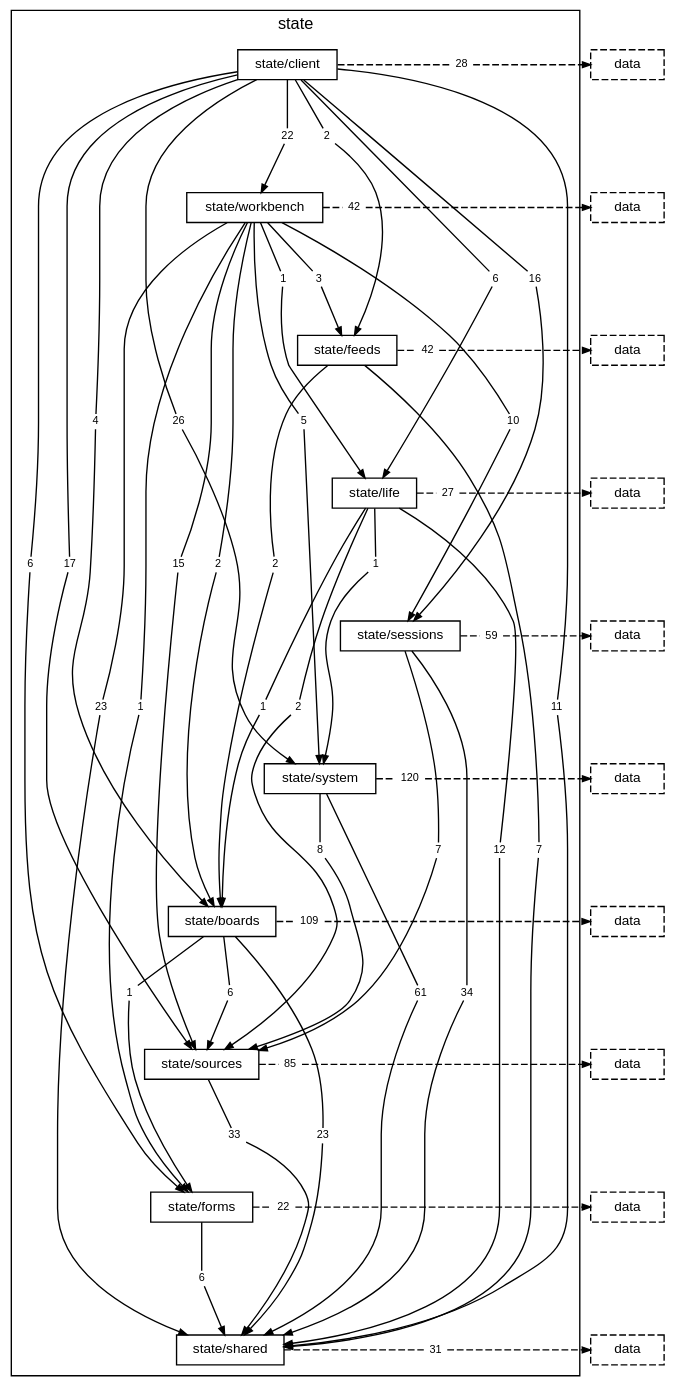
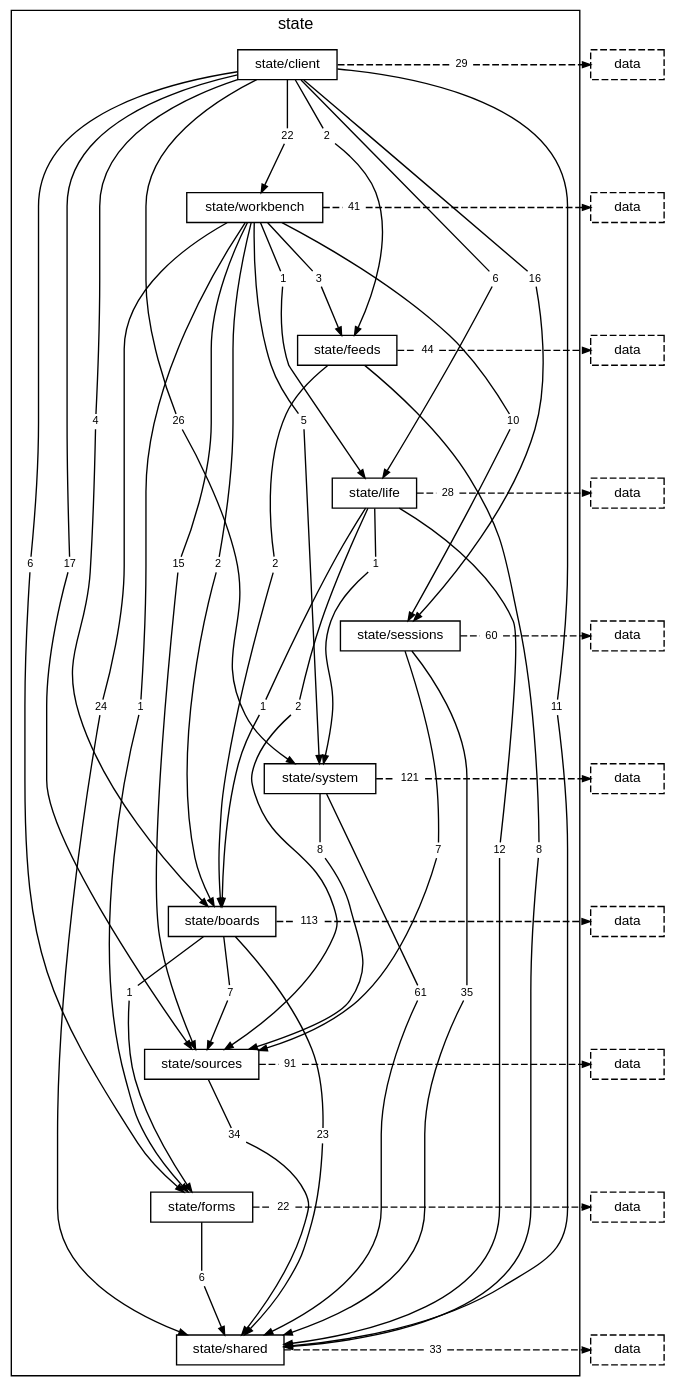
Before and after one commit to TheAxeC/oculus: the diagram in docs/diagrams/layer-state.dot, drawn with Graphviz. The commit also changed 472 other files, not shown here.

```diff
--- a/docs/diagrams/layer-state.dot
+++ b/docs/diagrams/layer-state.dot
@@ -23,39 +23,39 @@
         "folder state/client to folder state/sources" [label="17", shape=box, color="transparent", fontsize=8, width=0, height=0, margin="0.04,0.02"];
         "folder state/client to folder state/system" [label="26", shape=box, color="transparent", fontsize=8, width=0, height=0, margin="0.04,0.02"];
         "folder state/client to folder state/workbench" [label="22", shape=box, color="transparent", fontsize=8, width=0, height=0, margin="0.04,0.02"];
-        "folder state/client to layer data" [label="28", shape=box, color="transparent", fontsize=8, width=0, height=0, margin="0.04,0.02"];
+        "folder state/client to layer data" [label="29", shape=box, color="transparent", fontsize=8, width=0, height=0, margin="0.04,0.02"];
         "folder state/workbench to folder state/boards" [label="2", shape=box, color="transparent", fontsize=8, width=0, height=0, margin="0.04,0.02"];
         "folder state/workbench to folder state/feeds" [label="3", shape=box, color="transparent", fontsize=8, width=0, height=0, margin="0.04,0.02"];
         "folder state/workbench to folder state/forms" [label="1", shape=box, color="transparent", fontsize=8, width=0, height=0, margin="0.04,0.02"];
         "folder state/workbench to folder state/life" [label="1", shape=box, color="transparent", fontsize=8, width=0, height=0, margin="0.04,0.02"];
         "folder state/workbench to folder state/sessions" [label="10", shape=box, color="transparent", fontsize=8, width=0, height=0, margin="0.04,0.02"];
-        "folder state/workbench to folder state/shared" [label="23", shape=box, color="transparent", fontsize=8, width=0, height=0, margin="0.04,0.02"];
+        "folder state/workbench to folder state/shared" [label="24", shape=box, color="transparent", fontsize=8, width=0, height=0, margin="0.04,0.02"];
         "folder state/workbench to folder state/sources" [label="15", shape=box, color="transparent", fontsize=8, width=0, height=0, margin="0.04,0.02"];
         "folder state/workbench to folder state/system" [label="5", shape=box, color="transparent", fontsize=8, width=0, height=0, margin="0.04,0.02"];
-        "folder state/workbench to layer data" [label="42", shape=box, color="transparent", fontsize=8, width=0, height=0, margin="0.04,0.02"];
+        "folder state/workbench to layer data" [label="41", shape=box, color="transparent", fontsize=8, width=0, height=0, margin="0.04,0.02"];
         "folder state/feeds to folder state/boards" [label="2", shape=box, color="transparent", fontsize=8, width=0, height=0, margin="0.04,0.02"];
-        "folder state/feeds to folder state/shared" [label="7", shape=box, color="transparent", fontsize=8, width=0, height=0, margin="0.04,0.02"];
-        "folder state/feeds to layer data" [label="42", shape=box, color="transparent", fontsize=8, width=0, height=0, margin="0.04,0.02"];
+        "folder state/feeds to folder state/shared" [label="8", shape=box, color="transparent", fontsize=8, width=0, height=0, margin="0.04,0.02"];
+        "folder state/feeds to layer data" [label="44", shape=box, color="transparent", fontsize=8, width=0, height=0, margin="0.04,0.02"];
         "folder state/life to folder state/boards" [label="1", shape=box, color="transparent", fontsize=8, width=0, height=0, margin="0.04,0.02"];
         "folder state/life to folder state/shared" [label="12", shape=box, color="transparent", fontsize=8, width=0, height=0, margin="0.04,0.02"];
         "folder state/life to folder state/sources" [label="2", shape=box, color="transparent", fontsize=8, width=0, height=0, margin="0.04,0.02"];
         "folder state/life to folder state/system" [label="1", shape=box, color="transparent", fontsize=8, width=0, height=0, margin="0.04,0.02"];
-        "folder state/life to layer data" [label="27", shape=box, color="transparent", fontsize=8, width=0, height=0, margin="0.04,0.02"];
-        "folder state/sessions to folder state/shared" [label="34", shape=box, color="transparent", fontsize=8, width=0, height=0, margin="0.04,0.02"];
+        "folder state/life to layer data" [label="28", shape=box, color="transparent", fontsize=8, width=0, height=0, margin="0.04,0.02"];
+        "folder state/sessions to folder state/shared" [label="35", shape=box, color="transparent", fontsize=8, width=0, height=0, margin="0.04,0.02"];
         "folder state/sessions to folder state/sources" [label="7", shape=box, color="transparent", fontsize=8, width=0, height=0, margin="0.04,0.02"];
-        "folder state/sessions to layer data" [label="59", shape=box, color="transparent", fontsize=8, width=0, height=0, margin="0.04,0.02"];
+        "folder state/sessions to layer data" [label="60", shape=box, color="transparent", fontsize=8, width=0, height=0, margin="0.04,0.02"];
         "folder state/system to folder state/shared" [label="61", shape=box, color="transparent", fontsize=8, width=0, height=0, margin="0.04,0.02"];
         "folder state/system to folder state/sources" [label="8", shape=box, color="transparent", fontsize=8, width=0, height=0, margin="0.04,0.02"];
-        "folder state/system to layer data" [label="120", shape=box, color="transparent", fontsize=8, width=0, height=0, margin="0.04,0.02"];
+        "folder state/system to layer data" [label="121", shape=box, color="transparent", fontsize=8, width=0, height=0, margin="0.04,0.02"];
         "folder state/boards to folder state/forms" [label="1", shape=box, color="transparent", fontsize=8, width=0, height=0, margin="0.04,0.02"];
         "folder state/boards to folder state/shared" [label="23", shape=box, color="transparent", fontsize=8, width=0, height=0, margin="0.04,0.02"];
-        "folder state/boards to folder state/sources" [label="6", shape=box, color="transparent", fontsize=8, width=0, height=0, margin="0.04,0.02"];
-        "folder state/boards to layer data" [label="109", shape=box, color="transparent", fontsize=8, width=0, height=0, margin="0.04,0.02"];
-        "folder state/sources to folder state/shared" [label="33", shape=box, color="transparent", fontsize=8, width=0, height=0, margin="0.04,0.02"];
-        "folder state/sources to layer data" [label="85", shape=box, color="transparent", fontsize=8, width=0, height=0, margin="0.04,0.02"];
+        "folder state/boards to folder state/sources" [label="7", shape=box, color="transparent", fontsize=8, width=0, height=0, margin="0.04,0.02"];
+        "folder state/boards to layer data" [label="113", shape=box, color="transparent", fontsize=8, width=0, height=0, margin="0.04,0.02"];
+        "folder state/sources to folder state/shared" [label="34", shape=box, color="transparent", fontsize=8, width=0, height=0, margin="0.04,0.02"];
+        "folder state/sources to layer data" [label="91", shape=box, color="transparent", fontsize=8, width=0, height=0, margin="0.04,0.02"];
         "folder state/forms to folder state/shared" [label="6", shape=box, color="transparent", fontsize=8, width=0, height=0, margin="0.04,0.02"];
         "folder state/forms to layer data" [label="22", shape=box, color="transparent", fontsize=8, width=0, height=0, margin="0.04,0.02"];
-        "folder state/shared to layer data" [label="31", shape=box, color="transparent", fontsize=8, width=0, height=0, margin="0.04,0.02"];
+        "folder state/shared to layer data" [label="33", shape=box, color="transparent", fontsize=8, width=0, height=0, margin="0.04,0.02"];
     }
     "layer data from folder state/client" [label="data", style=dashed];
     "layer data from folder state/workbench" [label="data", style=dashed];
```
